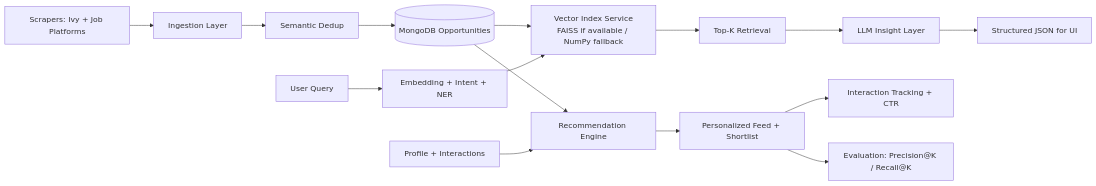
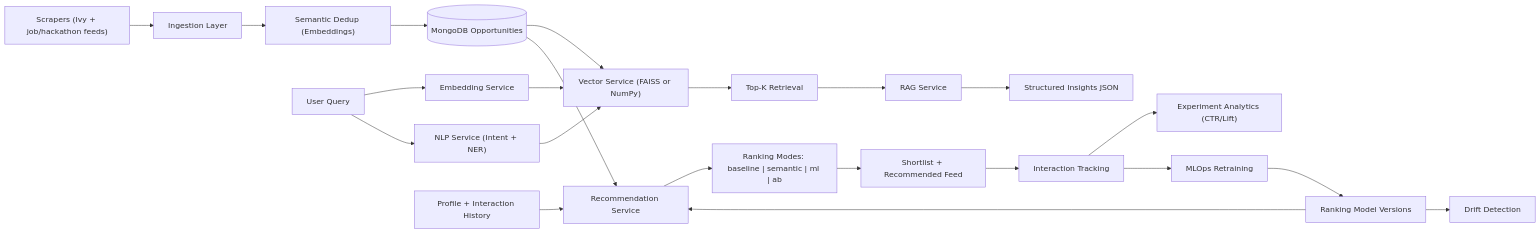
The diagram in README.md (ankan00V/Ivy-League-Portal), drawn with Mermaid before and after one commit. The commit also changed other lines of this file, not shown here.

````diff
--- a/README.md
+++ b/README.md
@@ -21,17 +34,27 @@
 ```mermaid
 flowchart LR
-    A[Scrapers: Ivy + Job Platforms] --> B[Ingestion Layer]
-    B --> C[Semantic Dedup]
-    C --> D[(MongoDB Opportunities)]
-    D --> E[Vector Index Service<br/>FAISS if available / NumPy fallback]
-    F[User Query] --> G[Embedding + Intent + NER]
-    G --> E
-    E --> H[Top-K Retrieval]
-    H --> I[LLM Insight Layer]
-    I --> J[Structured JSON for UI]
-    D --> K[Recommendation Engine]
-    L[Profile + Interactions] --> K
-    K --> M[Personalized Feed + Shortlist]
-    M --> N[Interaction Tracking + CTR]
-    M --> O[Evaluation: Precision@K / Recall@K]
+    A["Scrapers (Ivy + job/hackathon feeds)"] --> B["Ingestion Layer"]
+    B --> C["Semantic Dedup (Embeddings)"]
+    C --> D[("MongoDB Opportunities")]
+
+    U["User Query"] --> E["Embedding Service"]
+    U --> F["NLP Service (Intent + NER)"]
+    D --> G["Vector Service (FAISS or NumPy)"]
+    E --> G
+    F --> G
+    G --> H["Top-K Retrieval"]
+    H --> I["RAG Service"]
+    I --> J["Structured Insights JSON"]
+
+    D --> K["Recommendation Service"]
+    P["Profile + Interaction History"] --> K
+    K --> L["Ranking Modes: baseline | semantic | ml | ab"]
+    L --> M["Shortlist + Recommended Feed"]
+    M --> N["Interaction Tracking"]
+
+    N --> O["Experiment Analytics (CTR/Lift)"]
+    N --> Q["MLOps Retraining"]
+    Q --> R["Ranking Model Versions"]
+    R --> K
+    R --> S["Drift Detection"]
 ```
````
